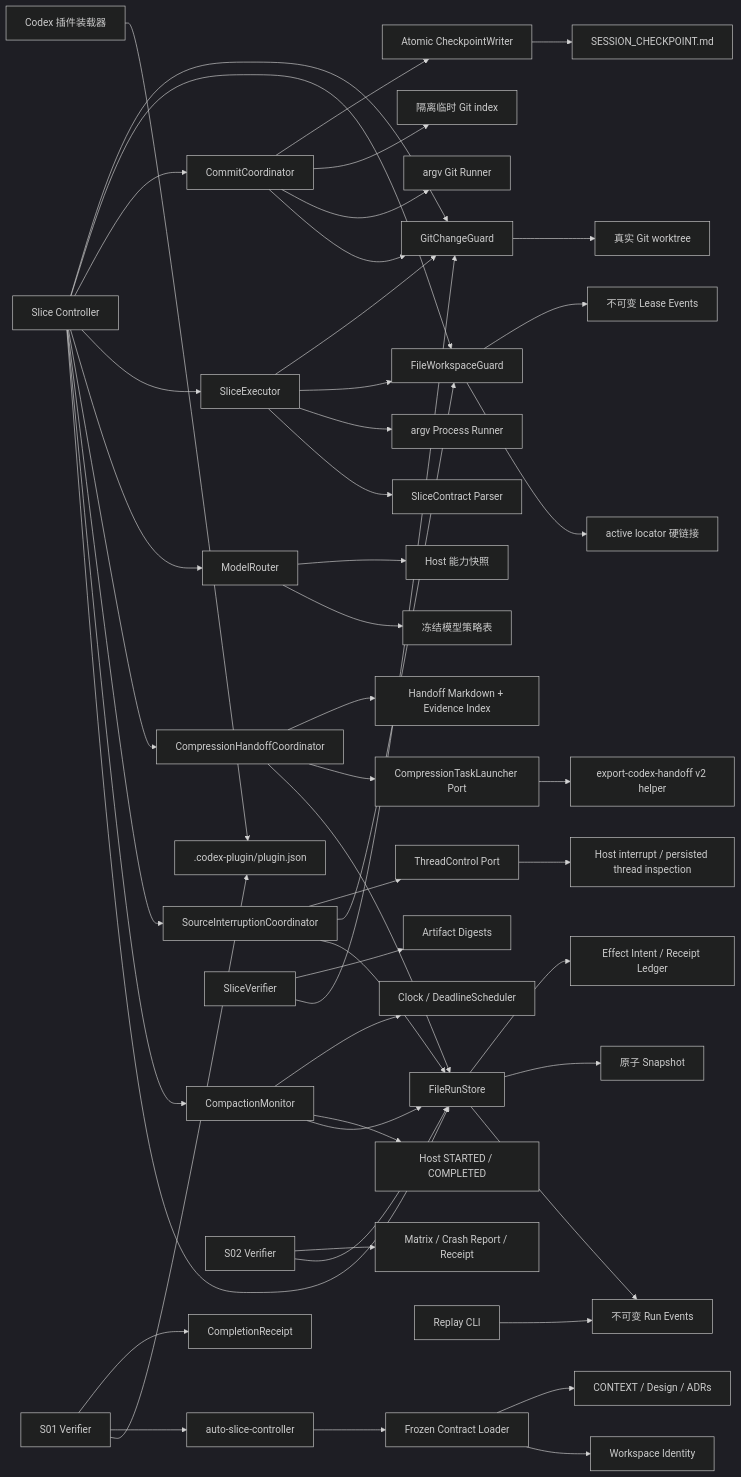
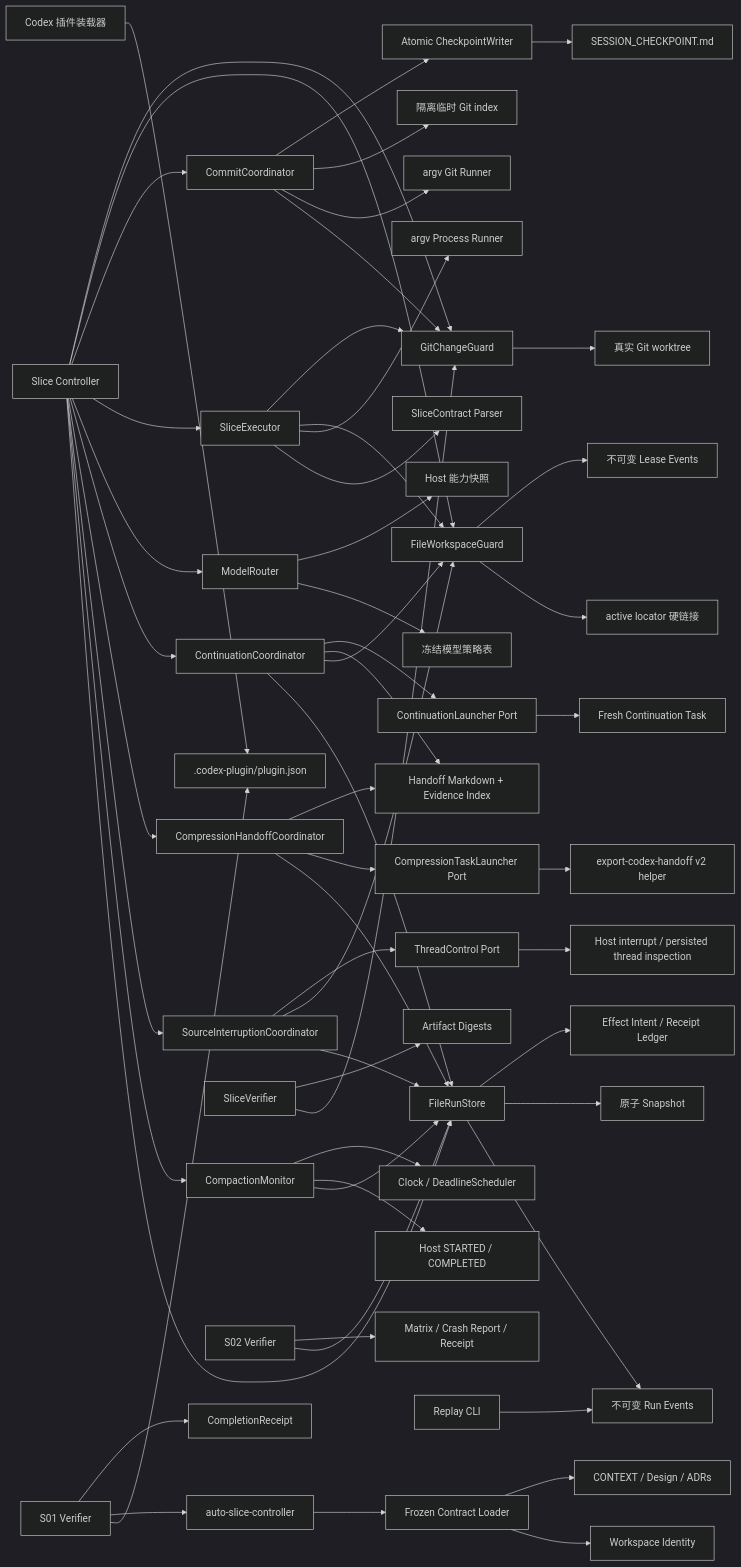
The diagram in docs/架构.md (adaelon/auto-slice), drawn with Mermaid (dark theme) before and after one commit. The commit also changed other lines of this file and 15 other files, not shown here.

````diff
--- a/docs/架构.md
+++ b/docs/架构.md
@@ -5,52 +5,58 @@
 ```mermaid
 flowchart LR
   Codex["Codex 插件装载器"] --> Manifest[".codex-plugin/plugin.json"]
   CLI["auto-slice-controller"] --> Loader["Frozen Contract Loader"]
   Loader --> Identity["Workspace Identity"]
   Loader --> Inputs["CONTEXT / Design / ADRs"]
   Controller["Slice Controller"] --> RunStore["FileRunStore"]
   Controller --> CompactionMonitor["CompactionMonitor"]
   Controller --> SourceInterruption["SourceInterruptionCoordinator"]
   Controller --> CompressionHandoff["CompressionHandoffCoordinator"]
+  Controller --> Continuation["ContinuationCoordinator"]
   Controller --> ModelRouter["ModelRouter"]
   Controller --> SliceExecutor["SliceExecutor"]
   Controller --> CommitCoordinator["CommitCoordinator"]
   SliceExecutor --> ContractParser["SliceContract Parser"]
   SliceExecutor --> ProcessRunner["argv Process Runner"]
   SliceExecutor --> WorkspaceGuard
   SliceExecutor --> ChangeGuard
   SliceVerifier["SliceVerifier"] --> ChangeGuard
   SliceVerifier --> Artifacts["Artifact Digests"]
   CommitCoordinator --> ChangeGuard
   CommitCoordinator --> GitRunner["argv Git Runner"]
   CommitCoordinator --> AlternateIndex["隔离临时 Git index"]
   CommitCoordinator --> CheckpointWriter["Atomic CheckpointWriter"]
   CheckpointWriter --> SessionCheckpoint["SESSION_CHECKPOINT.md"]
   ModelRouter --> PolicyTable["冻结模型策略表"]
   ModelRouter --> HostCapabilities["Host 能力快照"]
   RunStore --> Events["不可变 Run Events"]
   RunStore --> Snapshot["原子 Snapshot"]
   RunStore --> Effects["Effect Intent / Receipt Ledger"]
   CompactionMonitor --> RunStore
   CompactionMonitor --> HostCompactionEvents["Host STARTED / COMPLETED"]
   CompactionMonitor --> DeadlineScheduler["Clock / DeadlineScheduler"]
   SourceInterruption --> RunStore
   SourceInterruption --> WorkspaceGuard
   SourceInterruption --> ThreadControl["ThreadControl Port"]
   ThreadControl --> HostThreadState["Host interrupt / persisted thread inspection"]
   CompressionHandoff --> RunStore
   CompressionHandoff --> CompressionLauncher["CompressionTaskLauncher Port"]
   CompressionLauncher --> ExportSkill["export-codex-handoff v2 helper"]
   CompressionHandoff --> HandoffArtifacts["Handoff Markdown + Evidence Index"]
+  Continuation --> RunStore
+  Continuation --> WorkspaceGuard
+  Continuation --> HandoffArtifacts
+  Continuation --> ContinuationLauncher["ContinuationLauncher Port"]
+  ContinuationLauncher --> ContinuationTask["Fresh Continuation Task"]
   Controller --> WorkspaceGuard["FileWorkspaceGuard"]
   WorkspaceGuard --> ActiveLease["active locator 硬链接"]
   WorkspaceGuard --> LeaseEvents["不可变 Lease Events"]
   Controller --> ChangeGuard["GitChangeGuard"]
   ChangeGuard --> Git["真实 Git worktree"]
   Replay["Replay CLI"] --> Events
   Verifier["S01 Verifier"] --> Manifest
   Verifier --> CLI
   Verifier --> Receipt["CompletionReceipt"]
   S02Verifier["S02 Verifier"] --> RunStore
   S02Verifier --> S02Evidence["Matrix / Crash Report / Receipt"]
 ```
````
